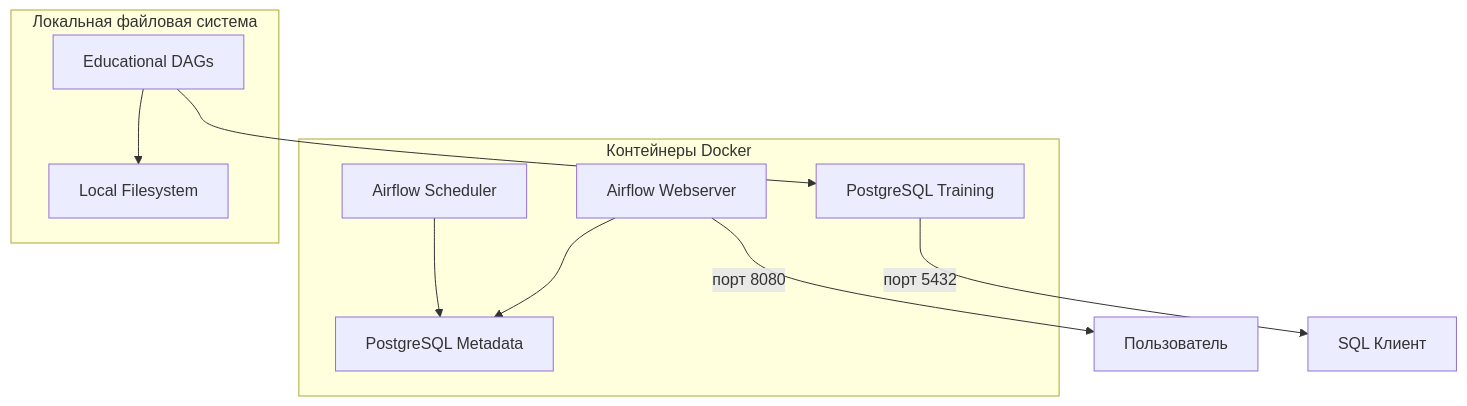
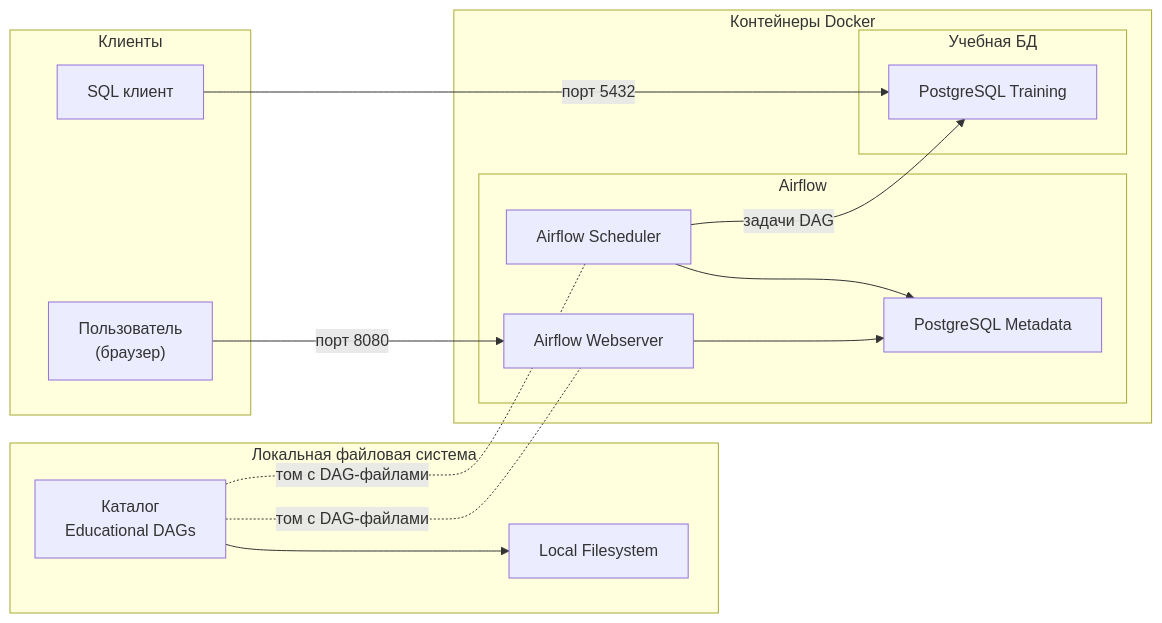
The diagram in airflow-docker/README.md (dementev-dev/airflow-manual), drawn with Mermaid before and after one commit.

Commit message:
Обновлена архитектурная диаграмма

````diff
--- a/airflow-docker/README.md
+++ b/airflow-docker/README.md
@@ -46,22 +46,42 @@
 ```mermaid
-graph TB
-    A[Airflow Webserver] --> B[PostgreSQL Metadata]
-    C[Airflow Scheduler] --> B
-    D[Educational DAGs] --> E[PostgreSQL Training]
-    D --> F[Local Filesystem]
-    
-    A -- порт 8080 --> G[Пользователь]
-    E -- порт 5432 --> H[SQL Клиент]
-    
-    subgraph "Контейнеры Docker"
-        A
-        C
-        B
-        E
+graph LR
+
+    %% Локальная файловая система
+    subgraph local["Локальная файловая система"]
+        dags["Каталог<br/>Educational DAGs"]
+        fs["Local Filesystem"]
+        dags --> fs
     end
-    
-    subgraph "Локальная файловая система"
-        F
-        D
+
+    %% Docker-контейнеры
+    subgraph docker["Контейнеры Docker"]
+        subgraph airflow["Airflow"]
+            ws["Airflow Webserver"]
+            sch["Airflow Scheduler"]
+            meta["PostgreSQL Metadata"]
+            sch --> meta
+            ws --> meta
+        end
+
+        subgraph training["Учебная БД"]
+            train["PostgreSQL Training"]
+        end
     end
+
+    %% Клиенты
+    subgraph clients["Клиенты"]
+        user["Пользователь<br/>(браузер)"]
+        sql["SQL клиент"]
+    end
+
+    %% Монтирование DAG'ов в контейнеры Airflow
+    dags -. "том с DAG-файлами" .- ws
+    dags -. "том с DAG-файлами" .- sch
+
+    %% Airflow-задачи работают с учебной БД
+    sch -- "задачи DAG" --> train
+
+    %% Внешние подключения
+    user -- "порт 8080" --> ws
+    sql -- "порт 5432" --> train
 ```
````
